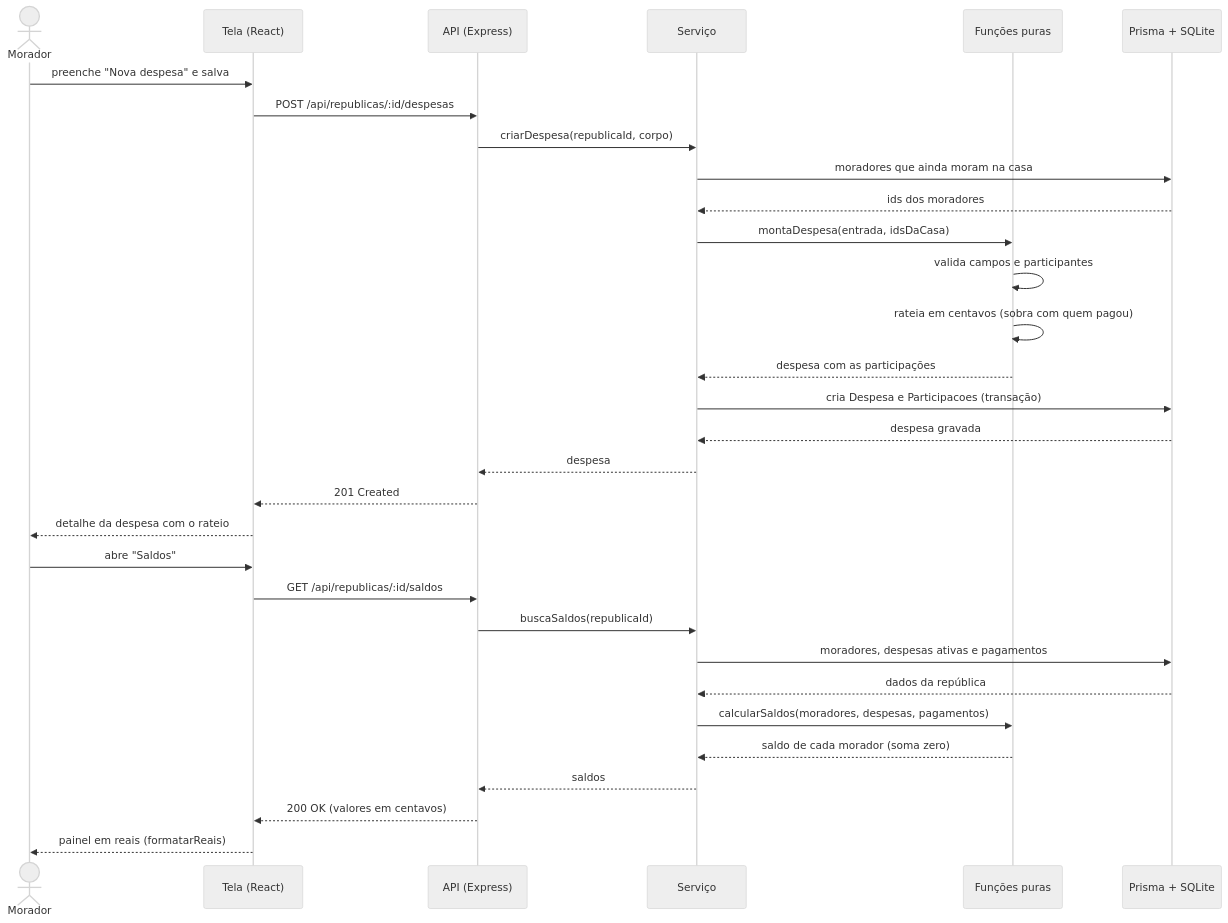
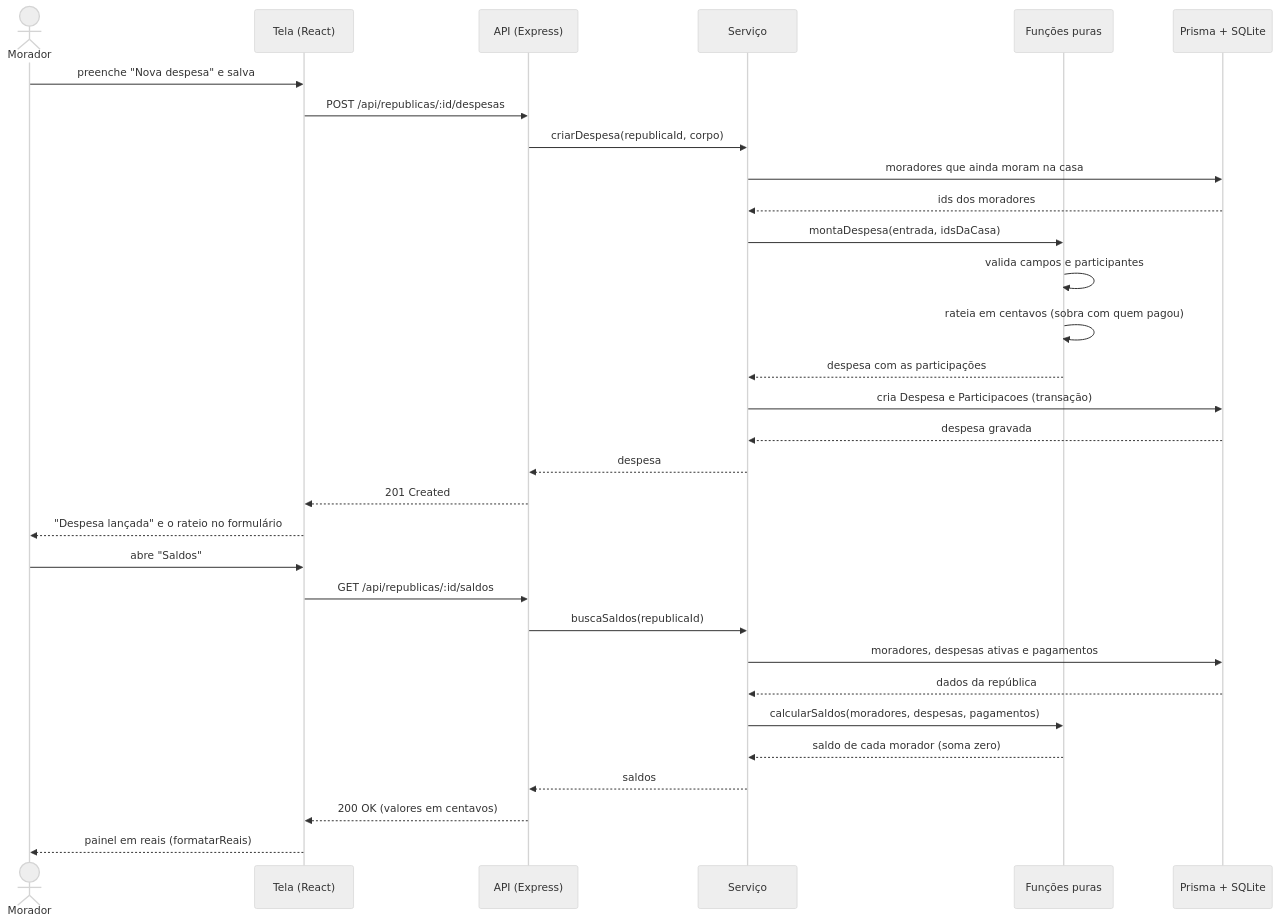
One commit to igorrsm/divide-ai changed the second of 2 diagrams in README.md. Above: the diagram before and after it, drawn with Mermaid (neutral theme). The commit also changed 1 other file, not shown here.

Commit message:
docs: corrige o fim do lançamento no diagrama de sequência

````diff
--- a/README.md
+++ b/README.md
@@ -187,35 +187,35 @@
 ```mermaid
 sequenceDiagram
     actor M as Morador
     participant T as Tela (React)
     participant R as API (Express)
     participant S as Serviço
     participant F as Funções puras
     participant B as Prisma + SQLite
 
     M->>T: preenche "Nova despesa" e salva
     T->>R: POST /api/republicas/:id/despesas
     R->>S: criarDespesa(republicaId, corpo)
     S->>B: moradores que ainda moram na casa
     B-->>S: ids dos moradores
     S->>F: montaDespesa(entrada, idsDaCasa)
     F->>F: valida campos e participantes
     F->>F: rateia em centavos (sobra com quem pagou)
     F-->>S: despesa com as participações
     S->>B: cria Despesa e Participacoes (transação)
     B-->>S: despesa gravada
     S-->>R: despesa
     R-->>T: 201 Created
-    T-->>M: detalhe da despesa com o rateio
+    T-->>M: "Despesa lançada" e o rateio no formulário
 
     M->>T: abre "Saldos"
     T->>R: GET /api/republicas/:id/saldos
     R->>S: buscaSaldos(republicaId)
     S->>B: moradores, despesas ativas e pagamentos
     B-->>S: dados da república
     S->>F: calcularSaldos(moradores, despesas, pagamentos)
     F-->>S: saldo de cada morador (soma zero)
     S-->>R: saldos
     R-->>T: 200 OK (valores em centavos)
     T-->>M: painel em reais (formatarReais)
 ```
````
